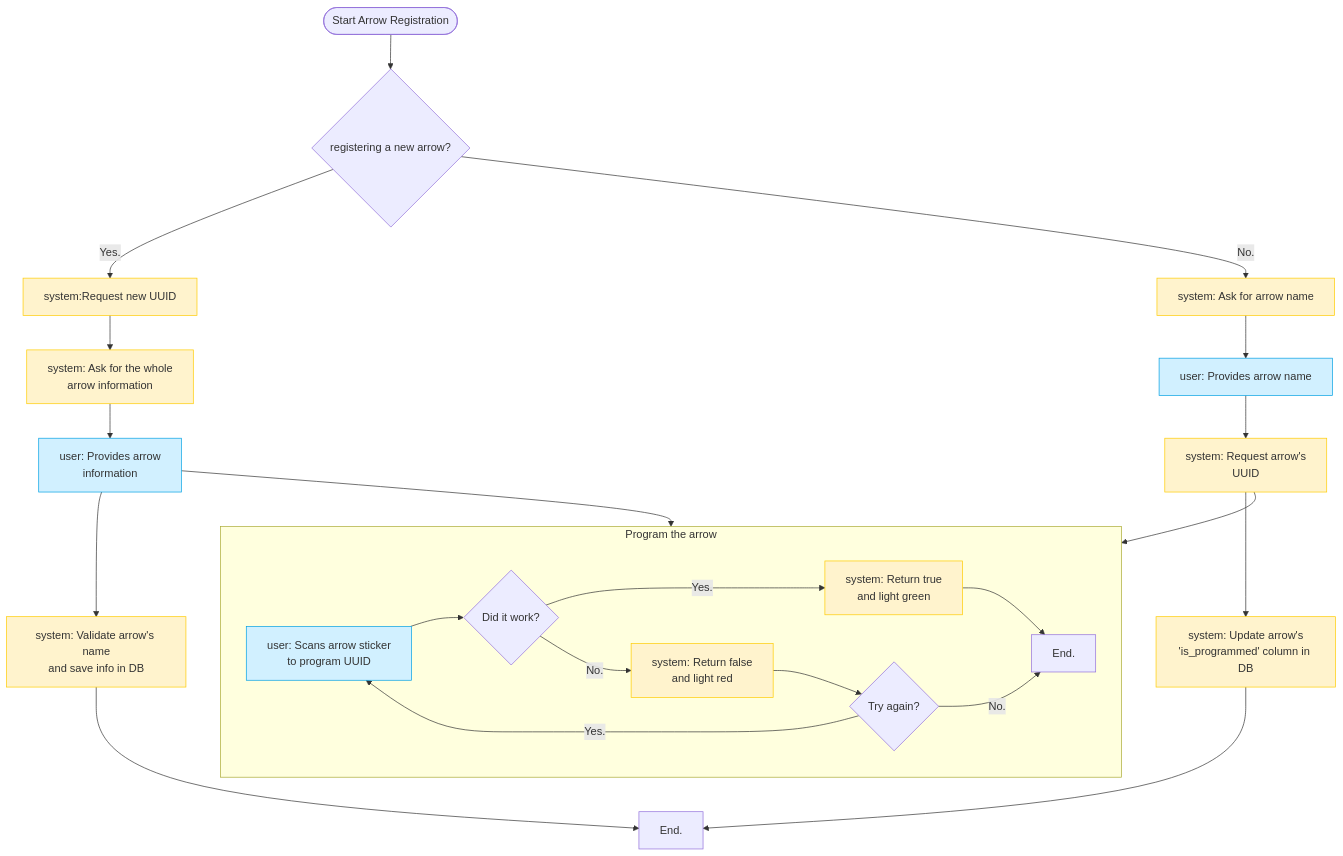
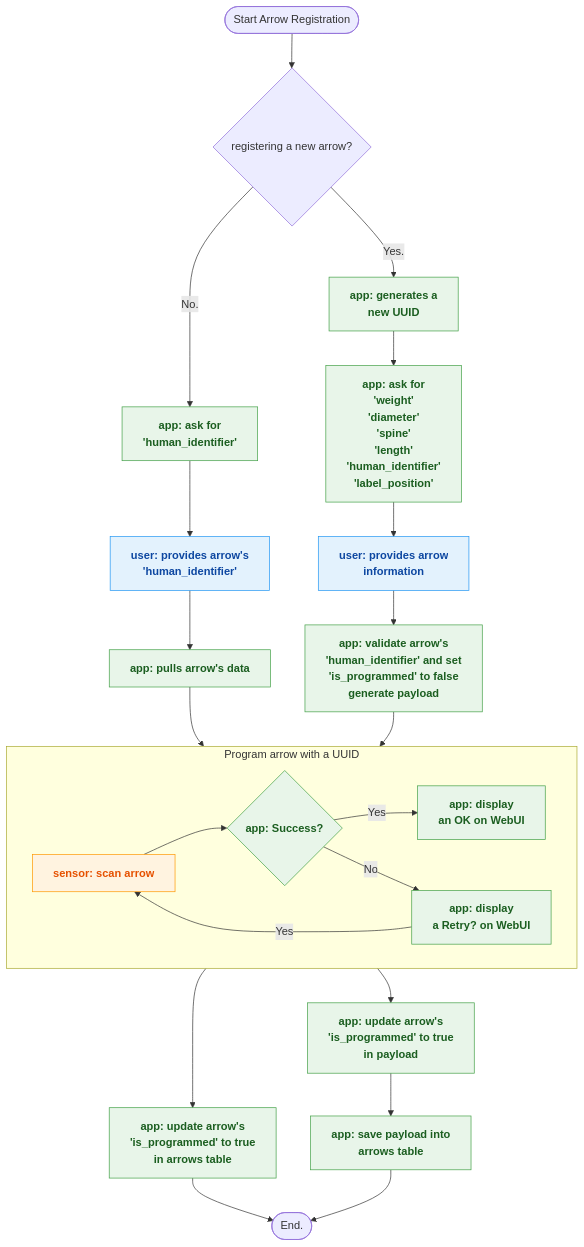
One commit to jpmolinamatute/arch-stats changed the first of 2 diagrams in README.md. Above: the diagram before and after it, drawn with Mermaid. The commit also changed other lines of this file, not shown here.

First line of the commit message:
added missing diagrams (#53)

````diff
--- a/README.md
+++ b/README.md
@@ -89,53 +97,50 @@
 ```mermaid
     flowchart TB
+    classDef user fill:#e3f2fd,stroke:#2196f3,color:#0d47a1,font-weight:bold;
+    classDef app fill:#e8f5e9,stroke:#43a047,color:#1b5e20,font-weight:bold;
+    classDef sensor fill:#fff3e0,stroke:#ff9800,color:#e65100,font-weight:bold;
+    classDef subgraphStyle fill:#f9f9f9,stroke:#cccccc,color:#444;
 
     START(["Start Arrow Registration"])
     Q1{"registering a new arrow?"}
-    R1["system:Request new UUID"]
-    F1["system: Ask for arrow name"]
-    U1["user: Provides arrow name"]
-    F2["system: Ask for the whole<br/>arrow information"]
-    R2["system: Request arrow's<br/>UUID"]
-    U2["user: Provides arrow<br/>information"]
-    S1["system: Validate arrow's name<br/>and save info in DB"]
-    S2["system: Update arrow's<br/>'is_programmed' column in DB"]
-    END1["End."]
-    subgraph PROGRAM_ARROW["Program the arrow"]
-        SCAN["user: Scans arrow sticker<br/>to program UUID"]
-        SQ1{"Did it work?"}
-        FAIL["system: Return false<br/>and light red"]
-        SUCCESS["system: Return true<br/>and light green"]
-        SQ2{"Try again?"}
-        END2["End."]
-
-        SCAN --> SQ1
-        SQ1 -->|Yes.|SUCCESS
-        SQ1 -->|No.|FAIL
-        FAIL --> SQ2
-        SQ2 -->|Yes.|SCAN
-        SQ2 -->|No.|END2
-        SUCCESS --> END2
+    R1["app: generates a<br />new UUID"]:::app
+    F1["app: ask for<br />'human_identifier'"]:::app
+    U1["user: provides arrow's<br />'human_identifier'"]:::user
+    F2["app: ask for<br />'weight'<br />'diameter'<br />'spine'<br />'length'<br />'human_identifier'<br />'label_position'"]:::app
+    R2["app: pulls arrow's data"]:::app
+    U2["user: provides arrow<br />information"]:::user
+    S1["app: validate arrow's<br />'human_identifier' and set<br />'is_programmed' to false<br />generate payload"]:::app
+    S2["app: update arrow's<br />'is_programmed' to true<br />in arrows table"]:::app
+    S3["app: update arrow's<br />'is_programmed' to true<br />in payload"]:::app
+    S4["app: save payload into<br />arrows table"]:::app
+    END1(["End."])
+    subgraph PROGRAM["Program arrow with a UUID"]
+        class PROGRAM subgraphStyle;
+        SCAN["sensor: scan arrow"]:::sensor
+        VERIFY{"app: Success?"}:::app
+        SUCCESS["app: display<br />an OK on WebUI"]:::app
+        FAIL["app:  display<br />a Retry? on WebUI"]:::app
+        SCAN --> VERIFY
+        VERIFY -->|Yes| SUCCESS
+        VERIFY -->|No| FAIL
+        FAIL -->|Yes| SCAN
     end
 
     START --> Q1
     Q1 -->|Yes.|R1
     Q1 -->|No.|F1
 
     R1 --> F2
     F1 --> U1
     U1 --> R2
-    R2 --> S2
-    R2 --> PROGRAM_ARROW
+    
+    R2 --> PROGRAM
     F2 --> U2
     U2 --> S1
-    U2 --> PROGRAM_ARROW
-    S1 --> END1
+    PROGRAM --> S2
     S2 --> END1
-
-    class SCAN,U1,U2 user
-    class R1,F1,F2,R2,FAIL,SUCCESS,S1,S2 system
-
-    classDef user fill:#d1f0ff,stroke:#00a0e3;
-    classDef system fill:#fff3cd,stroke:#ffcc00;
-
+    S1 --> PROGRAM
+    PROGRAM --> S3
+    S3 --> S4
+    S4 --> END1
 ```
````
